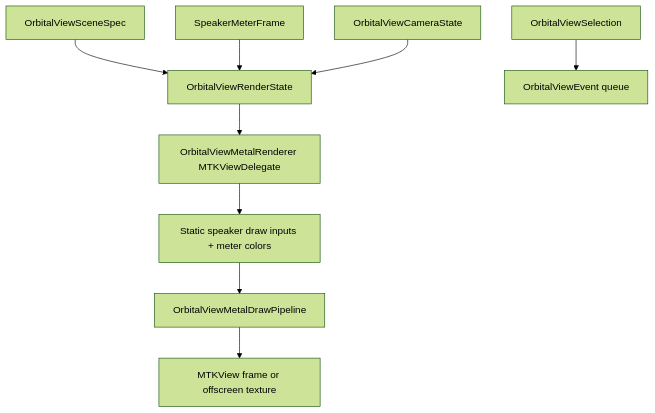
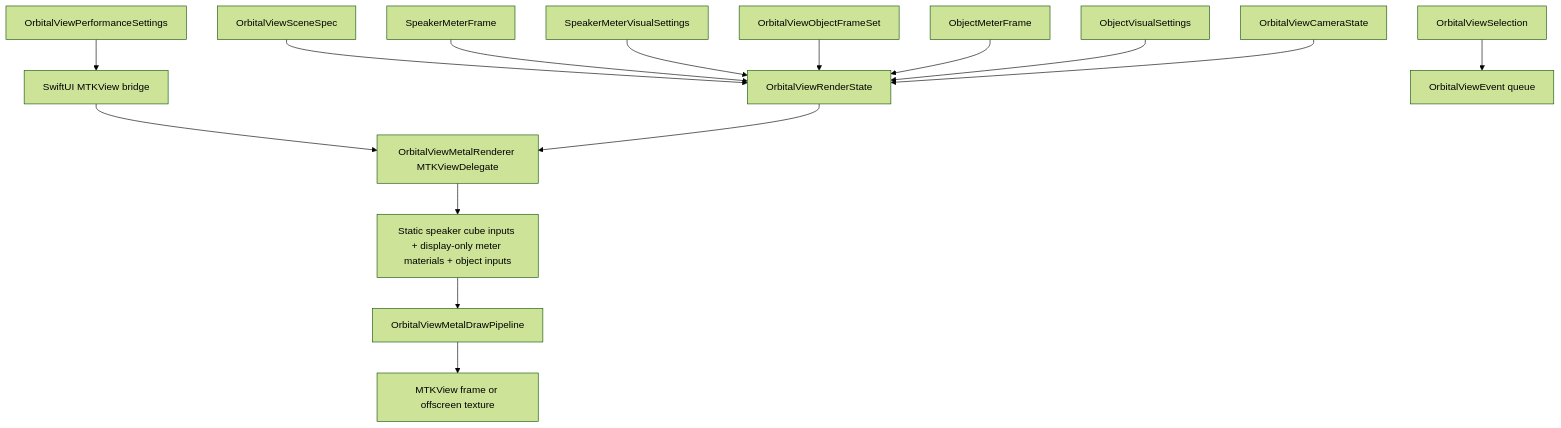
Before and after one commit to jebagu/orbital-view: the fifth of 10 diagrams in docs/system-flows.md, drawn with Mermaid (forest theme). The commit also changed other lines of this file and 37 other files, not shown here.

````diff
--- a/docs/system-flows.md
+++ b/docs/system-flows.md
@@ -50,11 +50,17 @@
 ```mermaid
 flowchart TD
   Scene["OrbitalViewSceneSpec"] --> State["OrbitalViewRenderState"]
   Meters["SpeakerMeterFrame"] --> State
+  CubeSettings["SpeakerMeterVisualSettings"] --> State
+  Performance["OrbitalViewPerformanceSettings"] --> Wrapper["SwiftUI MTKView bridge"]
+  ObjectFrames["OrbitalViewObjectFrameSet"] --> State
+  ObjectMeters["ObjectMeterFrame"] --> State
+  ObjectSettings["ObjectVisualSettings"] --> State
   Camera["OrbitalViewCameraState"] --> State
   Selection["OrbitalViewSelection"] --> Events["OrbitalViewEvent queue"]
+  Wrapper --> Delegate
   State --> Delegate["OrbitalViewMetalRenderer MTKViewDelegate"]
-  Delegate --> Inputs["Static speaker draw inputs + meter colors"]
+  Delegate --> Inputs["Static speaker cube inputs + display-only meter materials + object inputs"]
   Inputs --> Pipeline["OrbitalViewMetalDrawPipeline"]
   Pipeline --> Frame["MTKView frame or offscreen texture"]
 ```
````
